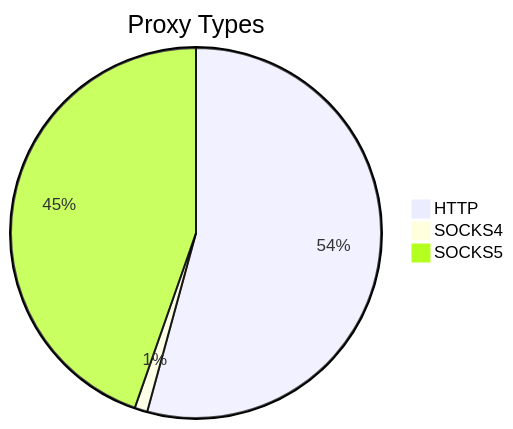
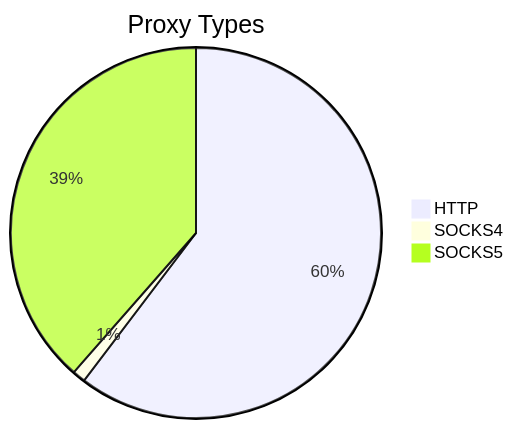
One commit to stormsia/proxy-list changed the first of 2 diagrams in README.md. Above: the diagram before and after it, drawn with Mermaid. The commit also changed other lines of this file, not shown here.

````diff
--- a/README.md
+++ b/README.md
@@ -21,6 +21,6 @@
 ```mermaid
 pie title Proxy Types
-    "HTTP" : 1508
+    "HTTP" : 1650
     "SOCKS4" : 31
-    "SOCKS5" : 1241
+    "SOCKS5" : 1054
 ```
````
